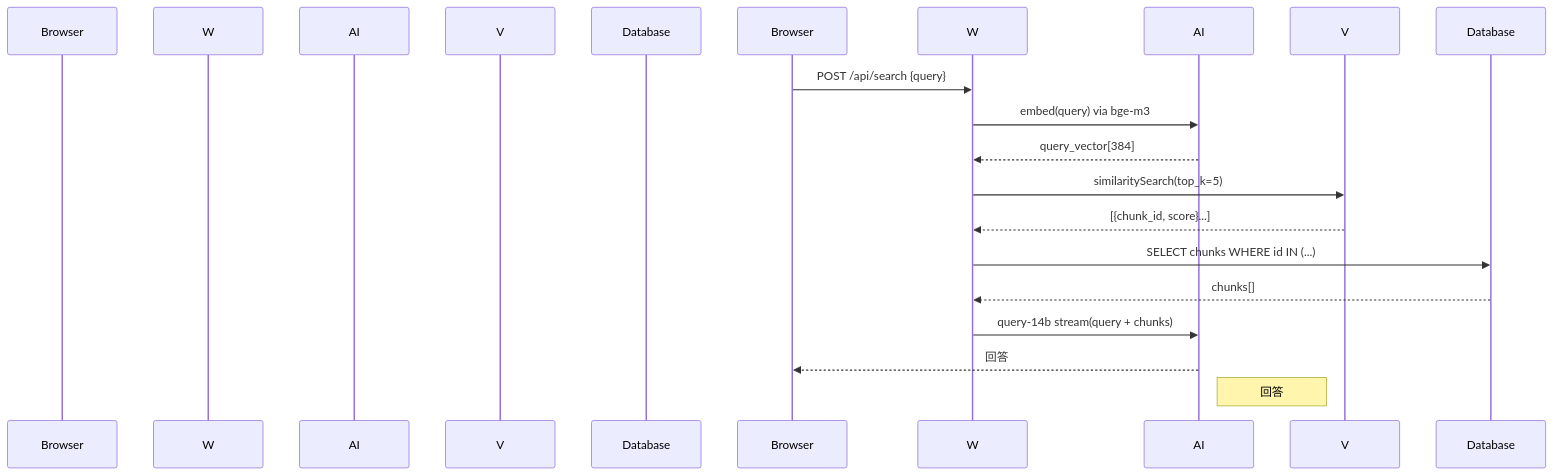
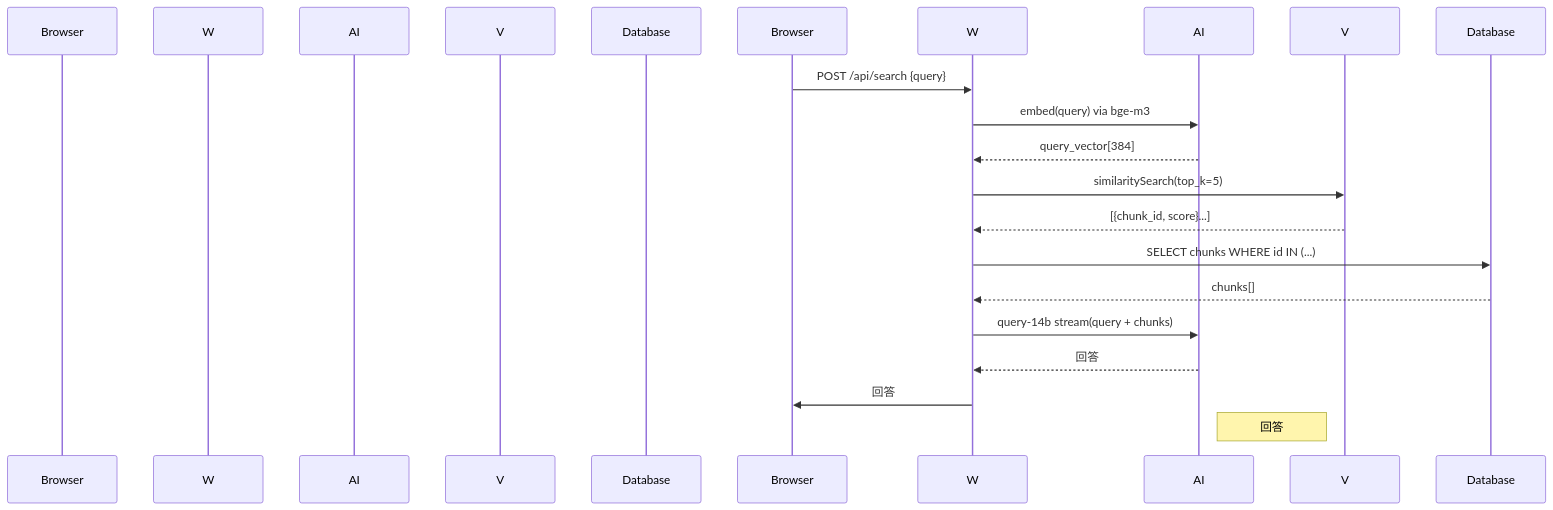
The second of 2 diagrams in src/content/posts/tech/2026-04-20-this-blog-tooling.md (a920604a/engineernews), drawn with Mermaid before and after one commit. The commit also changed 4 other files, not shown here.

Commit message:
fix: auto-fix mermaid syntax errors in posts

````diff
--- a/src/content/posts/tech/2026-04-20-this-blog-tooling.md
+++ b/src/content/posts/tech/2026-04-20-this-blog-tooling.md
@@ -132,18 +132,19 @@
 ```mermaid
 sequenceDiagram
   participant 瀏覽器 as Browser
   participant Worker as W
   participant WorkersAI as AI
   participant Vectorize as V
   participant D1 as Database
   Browser->>W: POST /api/search {query}
   W->>AI: embed(query) via bge-m3
   AI-->>W: query_vector[384]
   W->>V: similaritySearch(top_k=5)
   V-->>W: [{chunk_id, score}...]
   W->>Database: SELECT chunks WHERE id IN (...)
   Database-->>W: chunks[]
   W->>AI: query-14b stream(query + chunks)
-  AI-->>Browser: 回答
+  AI-->>W: 回答
+  W->>Browser: 回答
   note right of AI: 回答
 ```
````
